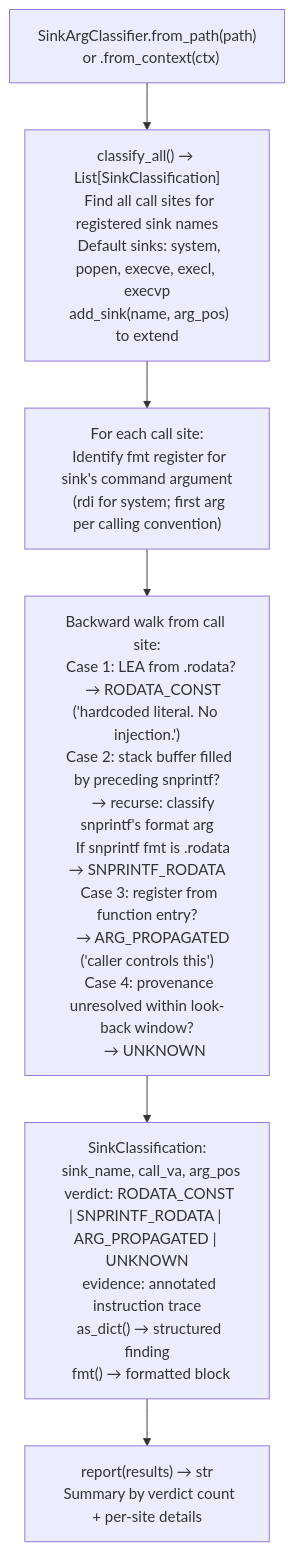
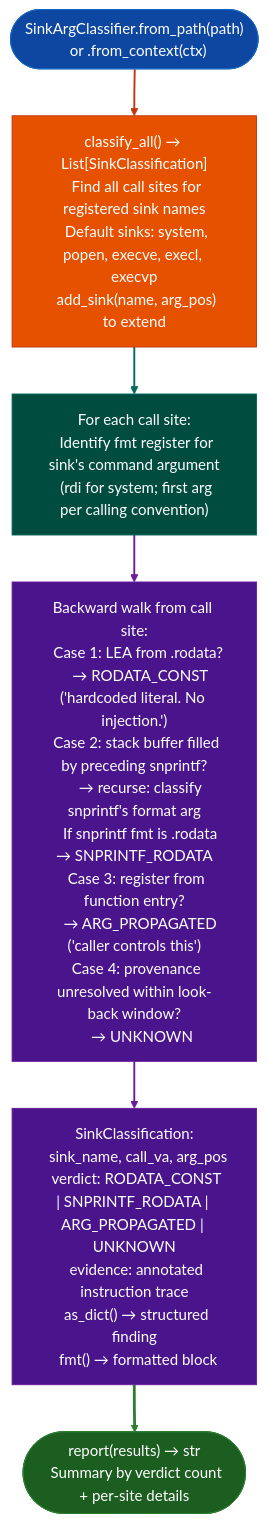
The diagram in docs/reference-modules/sink-argument-classifier.md (Ablation-Tool/ablation), drawn with Mermaid before and after one commit. The commit also changed 320 other files, not shown here.

First line of the commit message:
docs: apply canonical Mermaid template to all 321 diagrams

````diff
--- a/docs/reference-modules/sink-argument-classifier.md
+++ b/docs/reference-modules/sink-argument-classifier.md
@@ -19,8 +19,19 @@
 ```mermaid
 flowchart TD
-    A["SinkArgClassifier.from_path(path)\n  or .from_context(ctx)"] --> B["classify_all() → List[SinkClassification]\n  Find all call sites for registered sink names\n  Default sinks: system, popen, execve, execl, execvp\n  add_sink(name, arg_pos) to extend"]
-    B --> C["For each call site:\n  Identify fmt register for sink's command argument\n  (rdi for system; first arg per calling convention)"]
-    C --> D["Backward walk from call site:\n  Case 1: LEA from .rodata?\n    → RODATA_CONST ('hardcoded literal. No injection.')\n  Case 2: stack buffer filled by preceding snprintf?\n    → recurse: classify snprintf's format arg\n    If snprintf fmt is .rodata → SNPRINTF_RODATA\n  Case 3: register from function entry?\n    → ARG_PROPAGATED ('caller controls this')\n  Case 4: provenance unresolved within look-back window?\n    → UNKNOWN"]
-    D --> E["SinkClassification:\n  sink_name, call_va, arg_pos\n  verdict: RODATA_CONST | SNPRINTF_RODATA | ARG_PROPAGATED | UNKNOWN\n  evidence: annotated instruction trace\n  as_dict() → structured finding\n  fmt() → formatted block"]
-    E --> F["report(results) → str\n  Summary by verdict count + per-site details"]
+    A(["SinkArgClassifier.from_path(path)\n  or .from_context(ctx)"]):::input --> B["classify_all() → List[SinkClassification]\n  Find all call sites for registered sink names\n  Default sinks: system, popen, execve, execl, execvp\n  add_sink(name, arg_pos) to extend"]:::primary
+    B:::primary --> C["For each call site:\n  Identify fmt register for sink's command argument\n  (rdi for system; first arg per calling convention)"]:::secondary
+    C:::secondary --> D["Backward walk from call site:\n  Case 1: LEA from .rodata?\n    → RODATA_CONST ('hardcoded literal. No injection.')\n  Case 2: stack buffer filled by preceding snprintf?\n    → recurse: classify snprintf's format arg\n    If snprintf fmt is .rodata → SNPRINTF_RODATA\n  Case 3: register from function entry?\n    → ARG_PROPAGATED ('caller controls this')\n  Case 4: provenance unresolved within look-back window?\n    → UNKNOWN"]:::tertiary
+    D:::tertiary --> E["SinkClassification:\n  sink_name, call_va, arg_pos\n  verdict: RODATA_CONST | SNPRINTF_RODATA | ARG_PROPAGATED | UNKNOWN\n  evidence: annotated instruction trace\n  as_dict() → structured finding\n  fmt() → formatted block"]:::tertiary
+    E:::tertiary --> F(["report(results) → str\n  Summary by verdict count + per-site details"]):::output
+    classDef input     fill:#0d47a1,stroke:#1565c0,color:#fff
+    classDef primary   fill:#e65100,stroke:#bf360c,color:#fff
+    classDef secondary fill:#004d40,stroke:#00695c,color:#fff
+    classDef tertiary  fill:#4a148c,stroke:#6a1b9a,color:#fff
+    classDef neutral   fill:#37474f,stroke:#546e7a,color:#fff
+    classDef output    fill:#1b5e20,stroke:#2e7d32,color:#fff
+    linkStyle 0 stroke:#bf360c,stroke-width:2px
+    linkStyle 1 stroke:#00695c,stroke-width:2px
+    linkStyle 2 stroke:#6a1b9a,stroke-width:2px
+    linkStyle 3 stroke:#6a1b9a,stroke-width:2px
+    linkStyle 4 stroke:#2e7d32,stroke-width:3px
 ```
````
